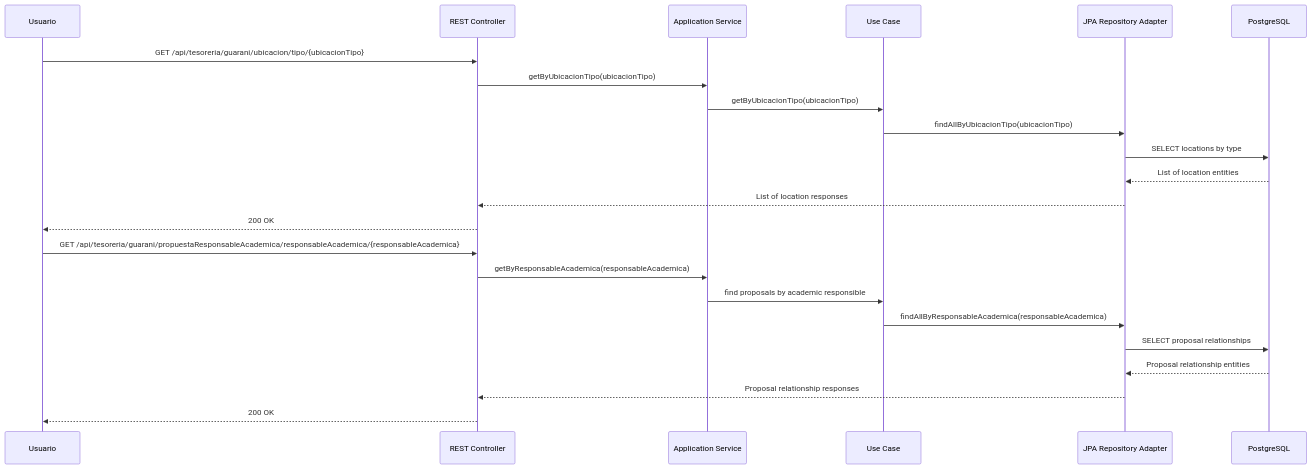
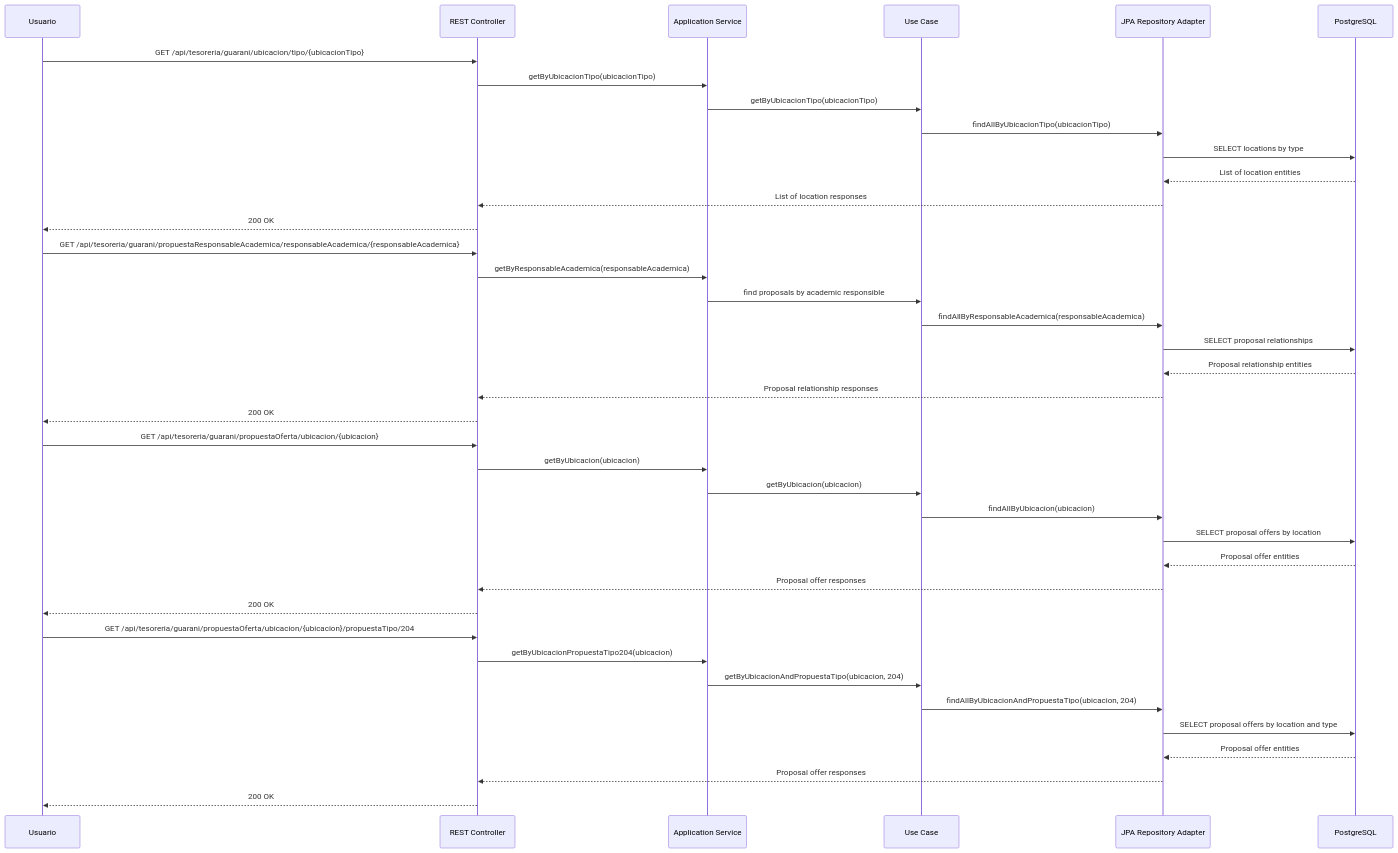
One commit to UM-services/UM.tesoreria.guarani-service changed the eighth of 9 diagrams in README.md. Above: the diagram before and after it, drawn with Mermaid. The commit also changed other lines of this file and 29 other files, not shown here.

First line of the commit message:
feat(propuestas): add proposal offers and enrich students

````diff
--- a/README.md
+++ b/README.md
@@ -238,27 +238,45 @@
 ```mermaid
 sequenceDiagram
     participant User as Usuario
     participant REST as REST Controller
     participant Service as Application Service
     participant UseCase as Use Case
     participant JPA as JPA Repository Adapter
     participant DB as PostgreSQL
 
     User->>REST: GET /api/tesoreria/guarani/ubicacion/tipo/{ubicacionTipo}
     REST->>Service: getByUbicacionTipo(ubicacionTipo)
     Service->>UseCase: getByUbicacionTipo(ubicacionTipo)
     UseCase->>JPA: findAllByUbicacionTipo(ubicacionTipo)
     JPA->>DB: SELECT locations by type
     DB-->>JPA: List of location entities
     JPA-->>REST: List of location responses
     REST-->>User: 200 OK
 
     User->>REST: GET /api/tesoreria/guarani/propuestaResponsableAcademica/responsableAcademica/{responsableAcademica}
     REST->>Service: getByResponsableAcademica(responsableAcademica)
     Service->>UseCase: find proposals by academic responsible
     UseCase->>JPA: findAllByResponsableAcademica(responsableAcademica)
     JPA->>DB: SELECT proposal relationships
     DB-->>JPA: Proposal relationship entities
     JPA-->>REST: Proposal relationship responses
     REST-->>User: 200 OK
+
+    User->>REST: GET /api/tesoreria/guarani/propuestaOferta/ubicacion/{ubicacion}
+    REST->>Service: getByUbicacion(ubicacion)
+    Service->>UseCase: getByUbicacion(ubicacion)
+    UseCase->>JPA: findAllByUbicacion(ubicacion)
+    JPA->>DB: SELECT proposal offers by location
+    DB-->>JPA: Proposal offer entities
+    JPA-->>REST: Proposal offer responses
+    REST-->>User: 200 OK
+
+    User->>REST: GET /api/tesoreria/guarani/propuestaOferta/ubicacion/{ubicacion}/propuestaTipo/204
+    REST->>Service: getByUbicacionPropuestaTipo204(ubicacion)
+    Service->>UseCase: getByUbicacionAndPropuestaTipo(ubicacion, 204)
+    UseCase->>JPA: findAllByUbicacionAndPropuestaTipo(ubicacion, 204)
+    JPA->>DB: SELECT proposal offers by location and type
+    DB-->>JPA: Proposal offer entities
+    JPA-->>REST: Proposal offer responses
+    REST-->>User: 200 OK
 ```
````
